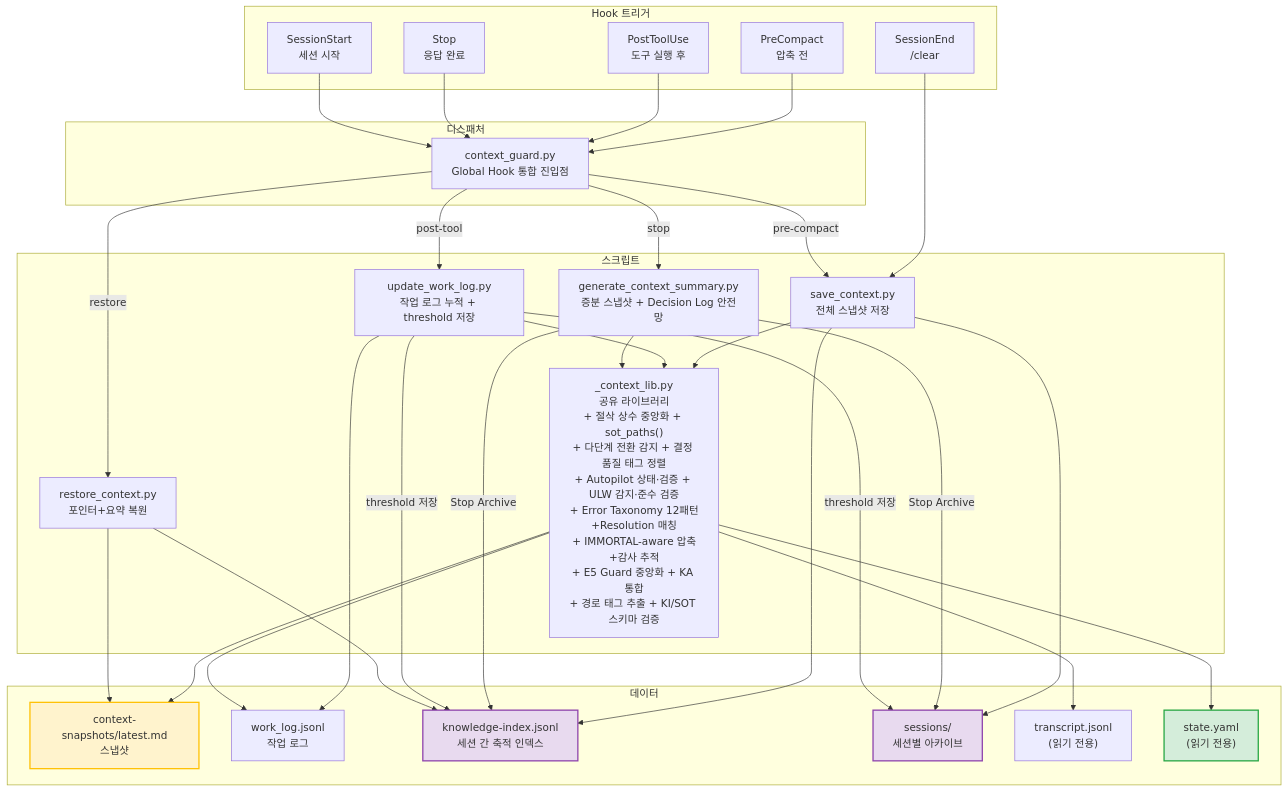
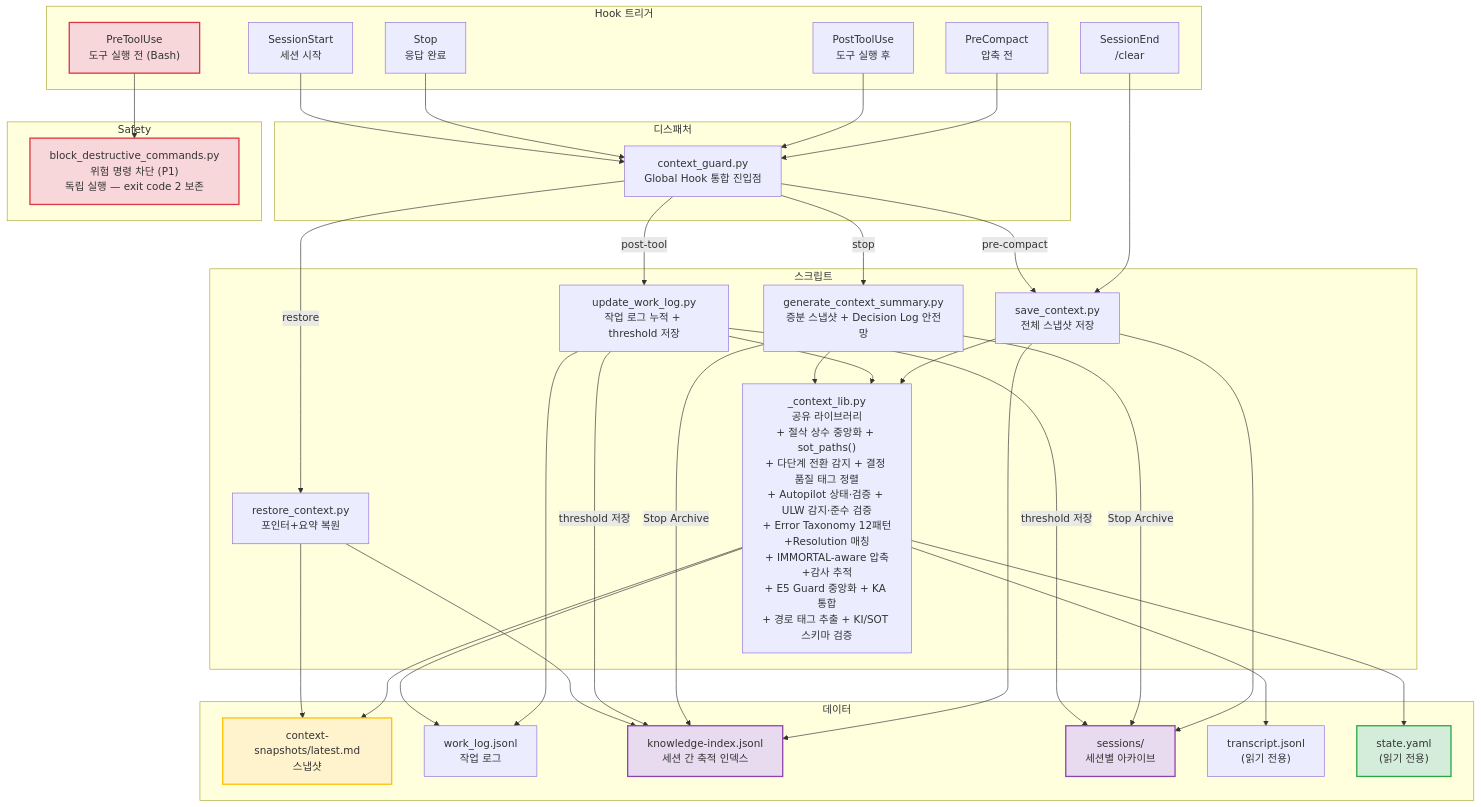
One commit to oogisoogi/AgenticWorkflow changed the sixth of 13 diagrams in AGENTICWORKFLOW-ARCHITECTURE-AND-PHILOSOPHY.md. Above: the diagram before and after it, drawn with Mermaid. The commit also changed other lines of this file and 7 other files, not shown here.

First line of the commit message:
feat: PreToolUse Safety Hook — 위험 명령 차단 (P1 할루시네이션 봉쇄)

````diff
--- a/AGENTICWORKFLOW-ARCHITECTURE-AND-PHILOSOPHY.md
+++ b/AGENTICWORKFLOW-ARCHITECTURE-AND-PHILOSOPHY.md
@@ -638,64 +638,72 @@
 ```mermaid
 graph TB
     subgraph "Hook 트리거"
         SE["SessionEnd<br/>/clear"]
         PC["PreCompact<br/>압축 전"]
         PTU["PostToolUse<br/>도구 실행 후"]
         ST["Stop<br/>응답 완료"]
         SS["SessionStart<br/>세션 시작"]
+        PRTU["PreToolUse<br/>도구 실행 전 (Bash)"]
     end
 
     subgraph "디스패처"
         CG["context_guard.py<br/>Global Hook 통합 진입점"]
+    end
+
+    subgraph "Safety"
+        BDC["block_destructive_commands.py<br/>위험 명령 차단 (P1)<br/>독립 실행 — exit code 2 보존"]
     end
 
     subgraph "스크립트"
         SAVE["save_context.py<br/>전체 스냅샷 저장"]
         UWL["update_work_log.py<br/>작업 로그 누적 + threshold 저장"]
         GCS["generate_context_summary.py<br/>증분 스냅샷 + Decision Log 안전망"]
         REST["restore_context.py<br/>포인터+요약 복원"]
         LIB["_context_lib.py<br/>공유 라이브러리<br/>+ 절삭 상수 중앙화 + sot_paths()<br/>+ 다단계 전환 감지 + 결정 품질 태그 정렬<br/>+ Autopilot 상태·검증 + ULW 감지·준수 검증<br/>+ Error Taxonomy 12패턴+Resolution 매칭<br/>+ IMMORTAL-aware 압축+감사 추적<br/>+ E5 Guard 중앙화 + KA 통합<br/>+ 경로 태그 추출 + KI/SOT 스키마 검증"]
     end
 
     subgraph "데이터"
         SNAP["context-snapshots/latest.md<br/>스냅샷"]
         WLOG["work_log.jsonl<br/>작업 로그"]
         KI["knowledge-index.jsonl<br/>세션 간 축적 인덱스"]
         SESS["sessions/<br/>세션별 아카이브"]
         TRANS["transcript.jsonl<br/>(읽기 전용)"]
         SOT2["state.yaml<br/>(읽기 전용)"]
     end
 
     SE --> SAVE
     PC --> CG
     PTU --> CG
     ST --> CG
     SS --> CG
+    PRTU --> BDC
     CG -->|pre-compact| SAVE
     CG -->|post-tool| UWL
     CG -->|stop| GCS
     CG -->|restore| REST
 
     SAVE --> LIB
     UWL --> LIB
     GCS --> LIB
 
     LIB --> TRANS
     LIB --> SOT2
     LIB --> SNAP
     UWL --> WLOG
     LIB --> WLOG
     SAVE --> KI
     SAVE --> SESS
     GCS -->|"Stop Archive"| KI
     GCS -->|"Stop Archive"| SESS
     UWL -->|"threshold 저장"| KI
     UWL -->|"threshold 저장"| SESS
     REST --> SNAP
     REST --> KI
 
     style SOT2 fill:#d4edda,stroke:#28a745,stroke-width:2px
     style SNAP fill:#fff3cd,stroke:#ffc107,stroke-width:2px
     style KI fill:#e8daef,stroke:#8e44ad,stroke-width:2px
     style SESS fill:#e8daef,stroke:#8e44ad,stroke-width:2px
+    style BDC fill:#f8d7da,stroke:#dc3545,stroke-width:2px
+    style PRTU fill:#f8d7da,stroke:#dc3545,stroke-width:2px
 ```
````
